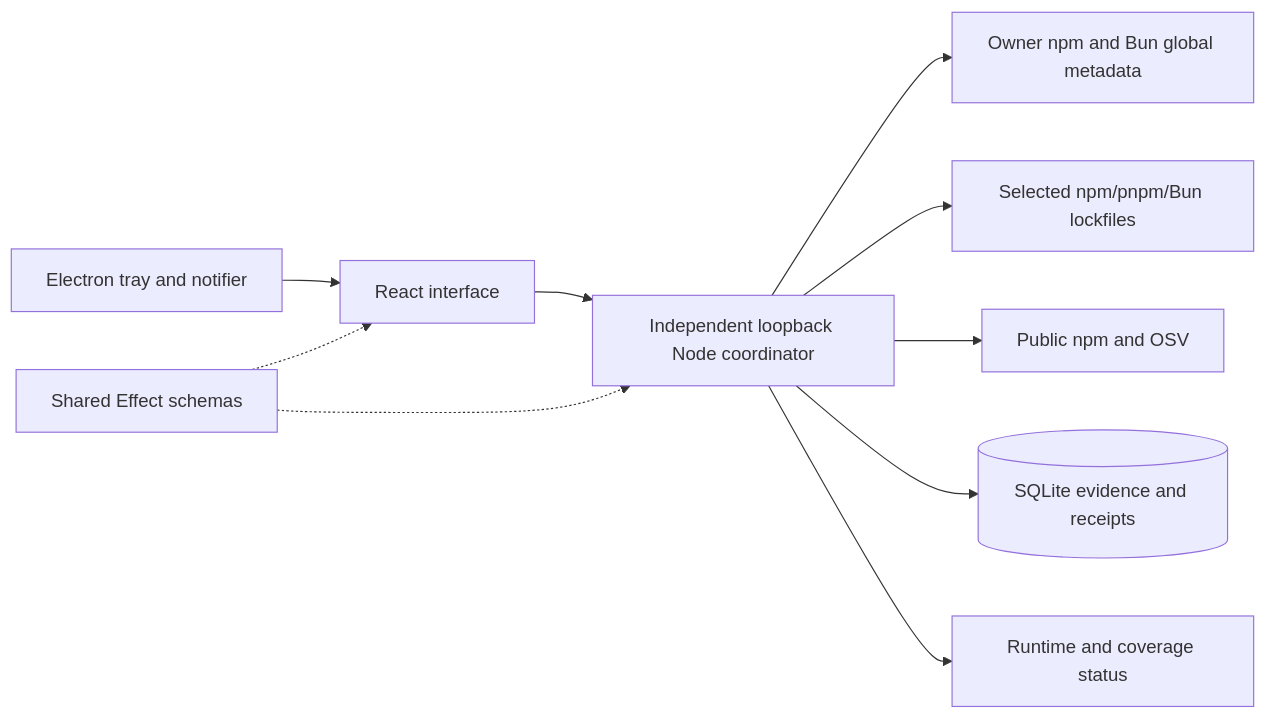
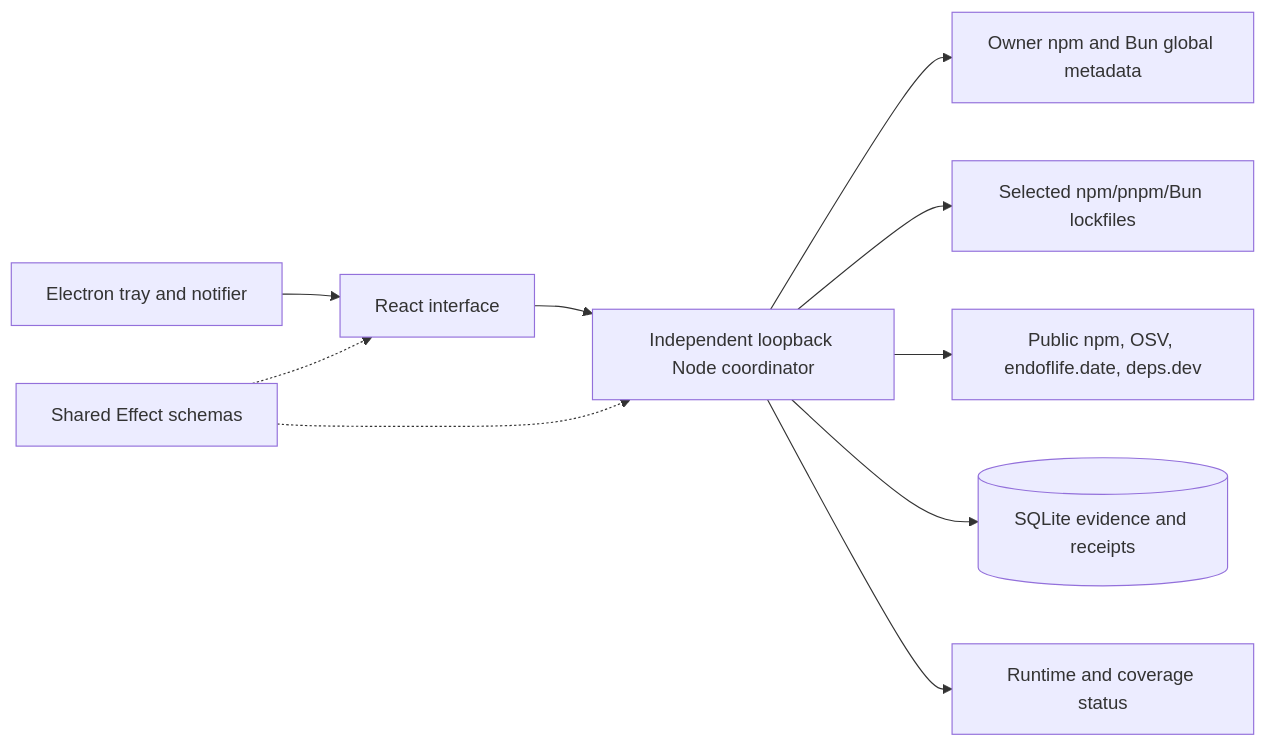
The first of 2 diagrams in docs/architecture.md (Sandesh-Solabannavar/versionstead), drawn with Mermaid before and after one commit. The commit also changed other lines of this file and 81 other files, not shown here.

````diff
--- a/docs/architecture.md
+++ b/docs/architecture.md
@@ -5,12 +5,12 @@
 ```mermaid
 flowchart LR
   Desktop[Electron tray and notifier] --> Web[React interface]
   Web --> Server[Independent loopback Node coordinator]
   Server --> Inventory[Owner npm and Bun global metadata]
   Server --> Projects[Selected npm/pnpm/Bun lockfiles]
-  Server --> Sources[Public npm and OSV]
+  Server --> Sources["Public npm, OSV, endoflife.date, deps.dev"]
   Server --> DB[(SQLite evidence and receipts)]
   Server --> Status[Runtime and coverage status]
   Contracts[Shared Effect schemas] -.-> Web
   Contracts -.-> Server
 ```
````
